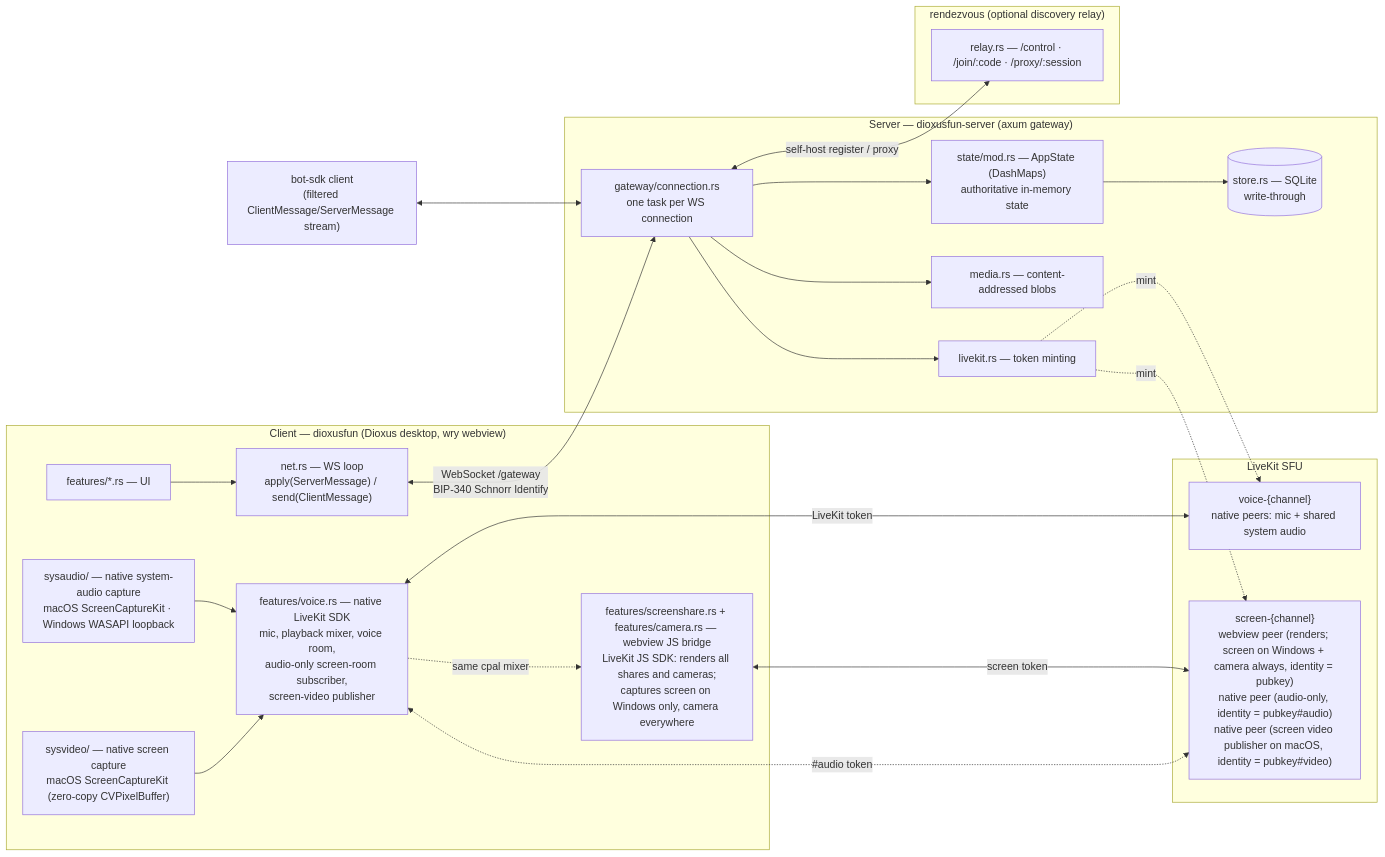
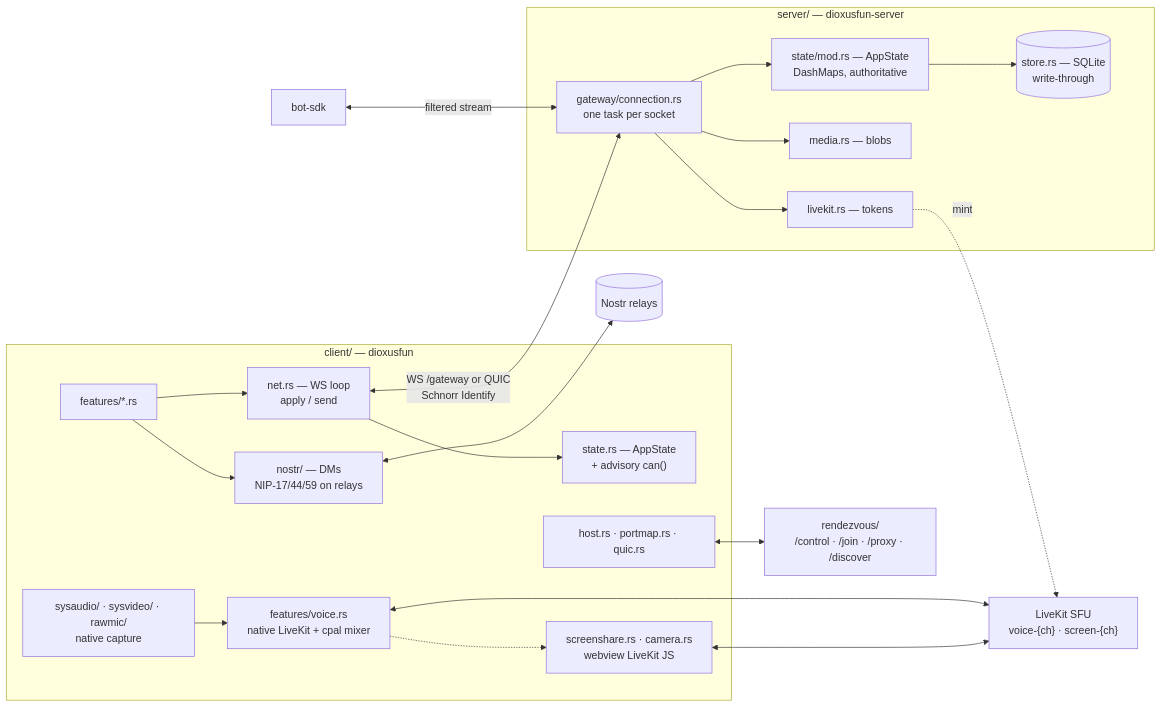
One commit to ssotomayor/discordia changed the diagram in CLAUDE.md. Above: the diagram before and after it, drawn with Mermaid. The commit also changed other lines of this file and 135 other files, not shown here.

````diff
--- a/CLAUDE.md
+++ b/CLAUDE.md
@@ -29,46 +36,38 @@
 ```mermaid
 flowchart LR
-    subgraph Client["Client — dioxusfun (Dioxus desktop, wry webview)"]
-        UI["features/*.rs — UI"]
-        Net["net.rs — WS loop<br/>apply(ServerMessage) / send(ClientMessage)"]
-        Voice["features/voice.rs — native LiveKit SDK<br/>mic, playback mixer, voice room,<br/>audio-only screen-room subscriber,<br/>screen-video publisher"]
-        SysAudio["sysaudio/ — native system-audio capture<br/>macOS ScreenCaptureKit · Windows WASAPI loopback"]
-        SysVideo["sysvideo/ — native screen capture<br/>macOS ScreenCaptureKit (zero-copy CVPixelBuffer)"]
-        WebJS["features/screenshare.rs + features/camera.rs — webview JS bridge<br/>LiveKit JS SDK: renders all shares and cameras;<br/>captures screen on Windows only, camera everywhere"]
-        UI --> Net
-        SysAudio --> Voice
-        SysVideo --> Voice
-        Voice -. same cpal mixer .-> WebJS
-    end
-
-    subgraph Server["Server — dioxusfun-server (axum gateway)"]
-        Gateway["gateway/connection.rs<br/>one task per WS connection"]
-        State["state/mod.rs — AppState (DashMaps)<br/>authoritative in-memory state"]
-        Store[("store.rs — SQLite<br/>write-through")]
-        Media["media.rs — content-addressed blobs"]
-        LK["livekit.rs — token minting"]
-        Gateway --> State --> Store
-        Gateway --> Media
-        Gateway --> LK
-    end
-
-    subgraph SFU["LiveKit SFU"]
-        VoiceRoom["voice-{channel}<br/>native peers: mic + shared system audio"]
-        ScreenRoom["screen-{channel}<br/>webview peer (renders; screen on Windows + camera always, identity = pubkey)<br/>native peer (audio-only, identity = pubkey#audio)<br/>native peer (screen video publisher on macOS, identity = pubkey#video)"]
-    end
-
-    subgraph Rendezvous["rendezvous (optional discovery relay)"]
-        Relay["relay.rs — /control · /join/:code · /proxy/:session"]
-    end
-
-    Bot["bot-sdk client<br/>(filtered ClientMessage/ServerMessage stream)"]
-
-    Net <-->|"WebSocket /gateway<br/>BIP-340 Schnorr Identify"| Gateway
-    Bot <--> Gateway
-    Voice <-->|LiveKit token| VoiceRoom
-    WebJS <-->|screen token| ScreenRoom
-    Voice <-.->|"#audio token"| ScreenRoom
-    LK -.mint.-> VoiceRoom
-    LK -.mint.-> ScreenRoom
-    Gateway <-->|self-host register / proxy| Relay
+  subgraph C["client/ — dioxusfun"]
+    UI["features/*.rs"]
+    NET["net.rs — WS loop<br/>apply / send"]
+    ST["state.rs — AppState<br/>+ advisory can()"]
+    NOSTR["nostr/ — DMs<br/>NIP-17/44/59 on relays"]
+    V["features/voice.rs<br/>native LiveKit + cpal mixer"]
+    CAP["sysaudio/ · sysvideo/ · rawmic/<br/>native capture"]
+    JS["screenshare.rs · camera.rs<br/>webview LiveKit JS"]
+    HOST["host.rs · portmap.rs · quic.rs"]
+    UI-->NET-->ST
+    UI-->NOSTR
+    CAP-->V
+    V-.->JS
+  end
+  subgraph S["server/ — dioxusfun-server"]
+    GW["gateway/connection.rs<br/>one task per socket"]
+    AS["state/mod.rs — AppState<br/>DashMaps, authoritative"]
+    DB[("store.rs — SQLite<br/>write-through")]
+    MED["media.rs — blobs"]
+    LK["livekit.rs — tokens"]
+    GW-->AS-->DB
+    GW-->MED
+    GW-->LK
+  end
+  SFU["LiveKit SFU<br/>voice-{ch} · screen-{ch}"]
+  RZ["rendezvous/<br/>/control · /join · /proxy · /discover"]
+  RELAYS[("Nostr relays")]
+  BOT["bot-sdk"]
+  NET<-->|"WS /gateway or QUIC<br/>Schnorr Identify"|GW
+  BOT<-->|filtered stream|GW
+  V<-->SFU
+  JS<-->SFU
+  LK-.mint.->SFU
+  HOST<-->RZ
+  NOSTR<-->RELAYS
 ```
````
